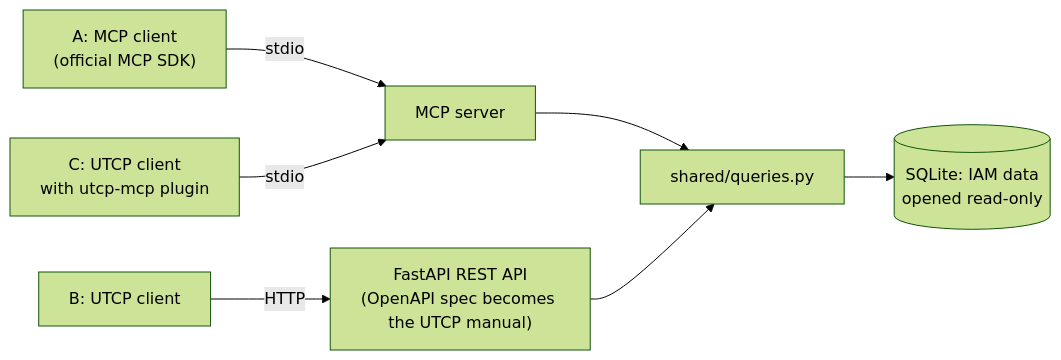
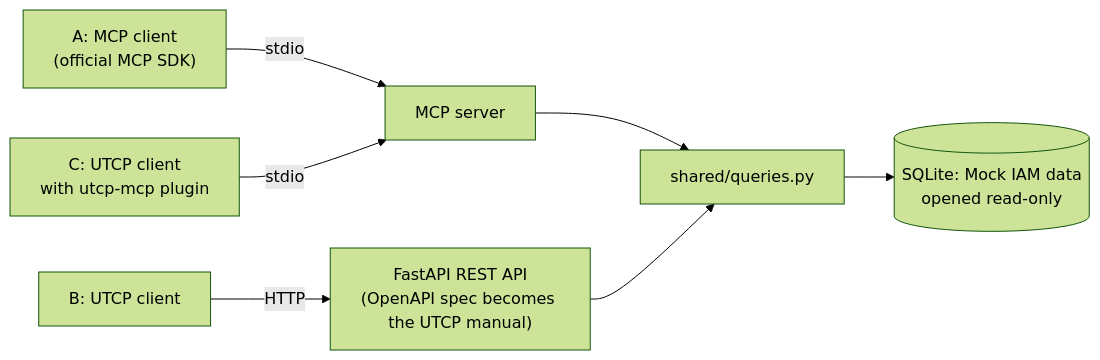
Before and after one commit to Moli310/MCP-vs-UTCP-bench: the diagram in README.md, drawn with Mermaid (forest theme).

````diff
--- a/README.md
+++ b/README.md
@@ -30,9 +30,9 @@
 ```mermaid
 flowchart LR
     A["A: MCP client<br/>(official MCP SDK)"] -->|stdio| S["MCP server"]
     C["C: UTCP client<br/>with utcp-mcp plugin"] -->|stdio| S
     B["B: UTCP client"] -->|HTTP| R["FastAPI REST API<br/>(OpenAPI spec becomes the UTCP manual)"]
     S --> Q["shared/queries.py"]
     R --> Q
-    Q --> D[("SQLite:  IAM data<br/>opened read-only")]
+    Q --> D[("SQLite: Mock  IAM data<br/>opened read-only")]
 ```
````
